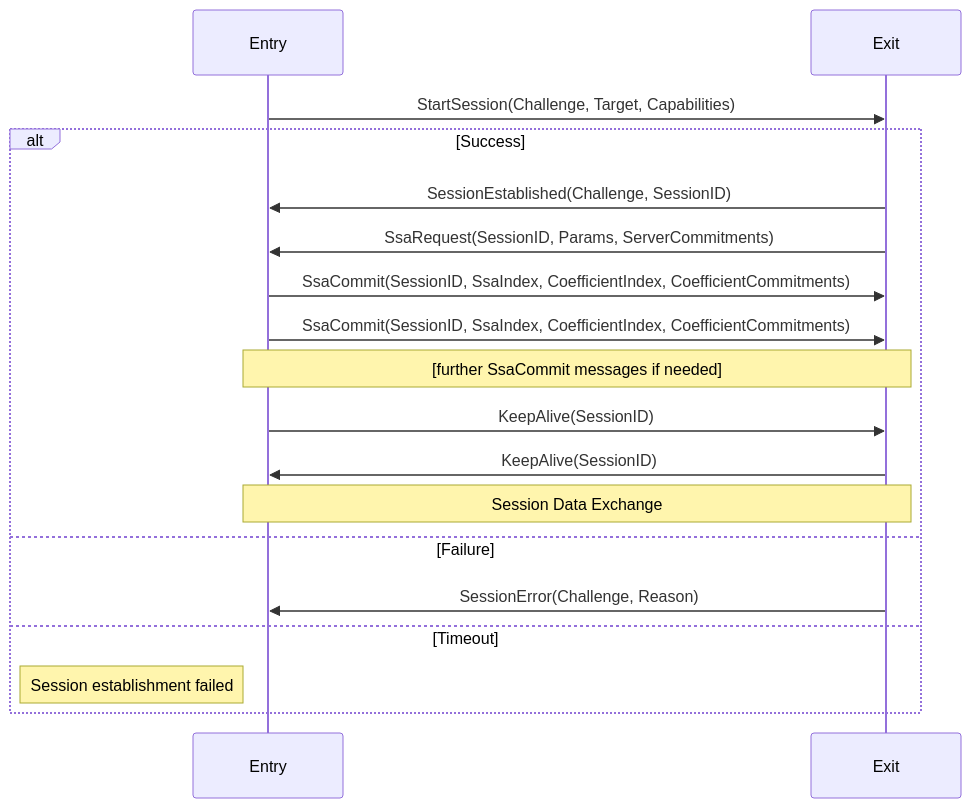
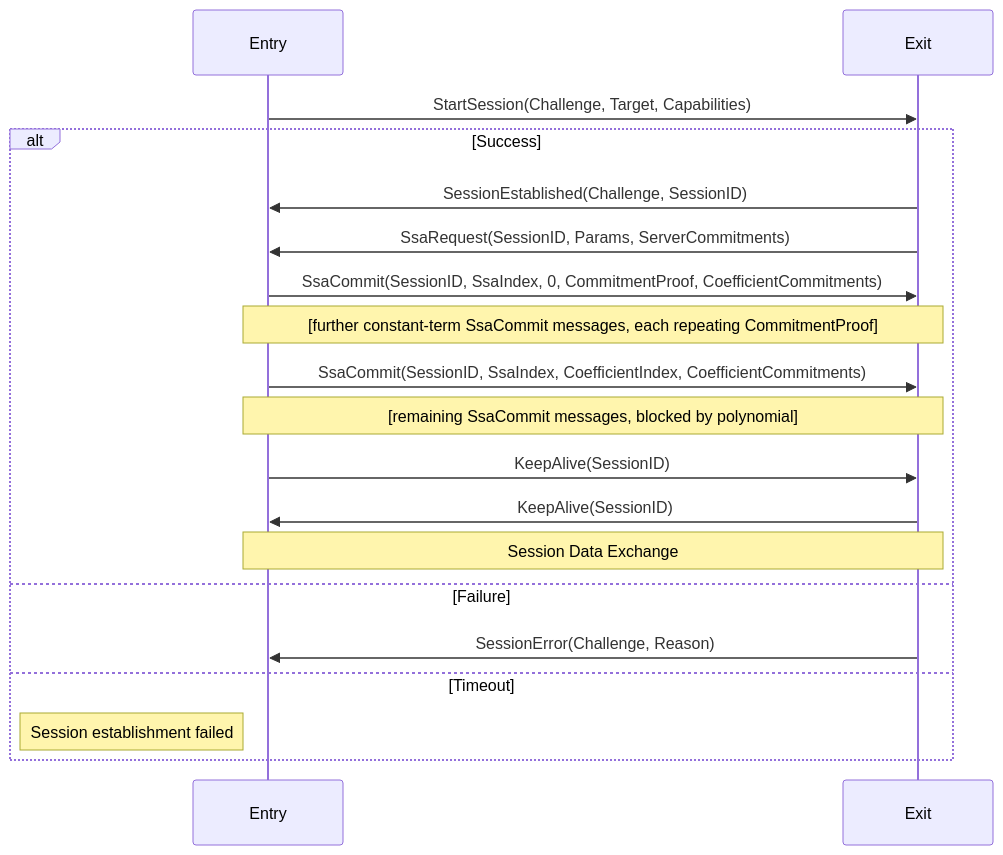
The eighth of 13 diagrams in rfcs/RFC-0009-session-start-protocol/0009-session-start-protocol.md (hoprnet/rfc), drawn with Mermaid before and after one commit. The commit also changed other lines of this file and 2 other files, not shown here.

Commit message:
feat: add schnorr proof

````diff
--- a/rfcs/RFC-0009-session-start-protocol/0009-session-start-protocol.md
+++ b/rfcs/RFC-0009-session-start-protocol/0009-session-start-protocol.md
@@ -307,22 +323,23 @@
 ```mermaid
 sequenceDiagram
     participant Entry
     participant Exit
 
     Entry->>Exit: StartSession(Challenge, Target, Capabilities)
 
     alt Success
         Exit->>Entry: SessionEstablished(Challenge, SessionID)
         Exit->>Entry: SsaRequest(SessionID, Params, ServerCommitments)
+        Entry->>Exit: SsaCommit(SessionID, SsaIndex, 0, CommitmentProof, CoefficientCommitments)
+        Note over Entry,Exit: [further constant-term SsaCommit messages, each repeating CommitmentProof]
         Entry->>Exit: SsaCommit(SessionID, SsaIndex, CoefficientIndex, CoefficientCommitments)
-        Entry->>Exit: SsaCommit(SessionID, SsaIndex, CoefficientIndex, CoefficientCommitments)
-        Note over Entry,Exit: [further SsaCommit messages if needed]
+        Note over Entry,Exit: [remaining SsaCommit messages, blocked by polynomial]
         Entry->>Exit: KeepAlive(SessionID)
         Exit->>Entry: KeepAlive(SessionID)
         Note over Entry,Exit: Session Data Exchange
     else Failure
         Exit->>Entry: SessionError(Challenge, Reason)
     else Timeout
         Note left of Entry: Session establishment failed
     end
 ```
````
